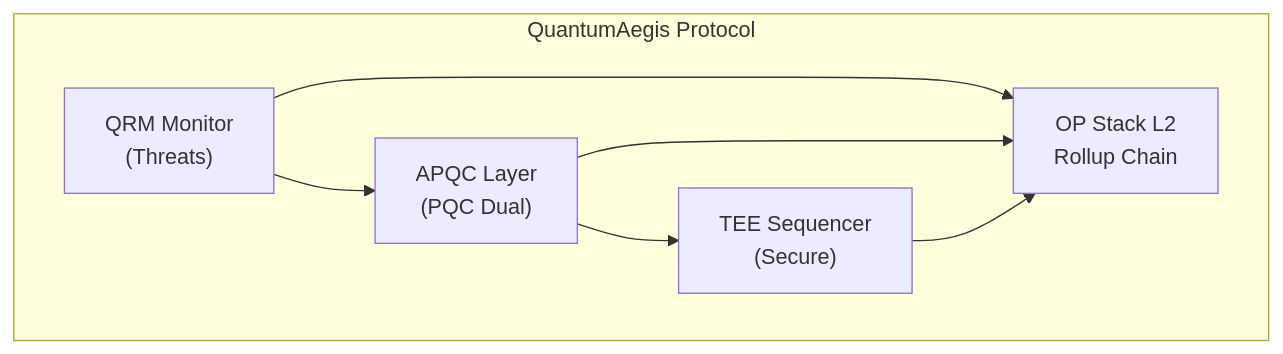
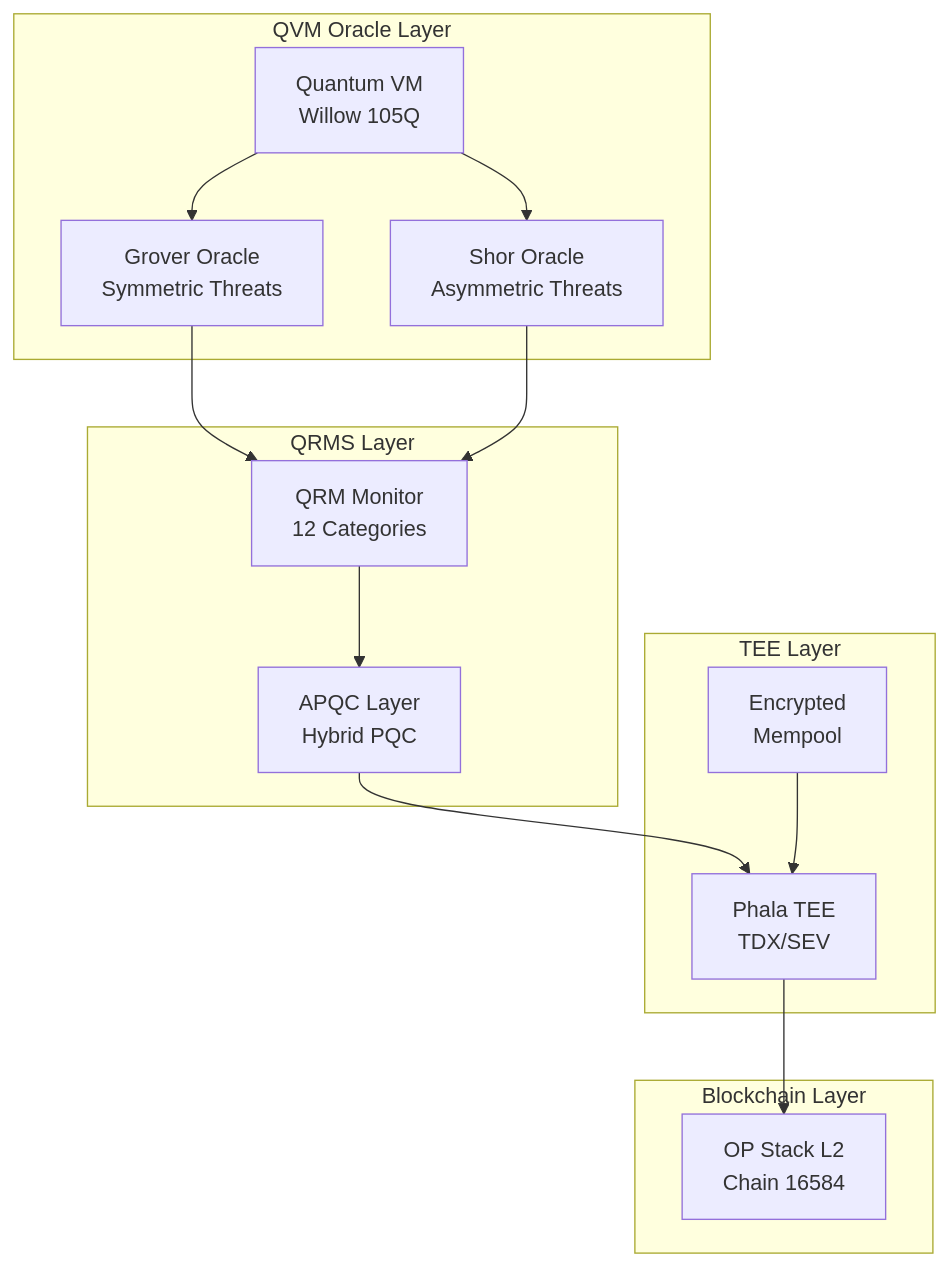
The diagram in README.md (Halo-Labs-xyz/qAegis), drawn with Mermaid before and after one commit. The commit also changed other lines of this file and 17 other files, not shown here.

````diff
--- a/README.md
+++ b/README.md
@@ -18,15 +19,30 @@
 ```mermaid
 graph TB
-    subgraph Protocol["QuantumAegis Protocol"]
-        QRM["QRM Monitor<br/>(Threats)"]
-        APQC["APQC Layer<br/>(PQC Dual)"]
-        TEE["TEE Sequencer<br/>(Secure)"]
-        L2["OP Stack L2<br/>Rollup Chain"]
-        
+    subgraph QVMLayer["QVM Oracle Layer"]
+        QVM["Quantum VM<br/>Willow 105Q"]
+        GROVER["Grover Oracle<br/>Symmetric Threats"]
+        SHOR["Shor Oracle<br/>Asymmetric Threats"]
+        QVM --> GROVER
+        QVM --> SHOR
+    end
+    
+    subgraph QRMSLayer["QRMS Layer"]
+        QRM["QRM Monitor<br/>12 Categories"]
+        APQC["APQC Layer<br/>Hybrid PQC"]
+        GROVER --> QRM
+        SHOR --> QRM
         QRM --> APQC
+    end
+    
+    subgraph TEELayer["TEE Layer"]
+        TEE["Phala TEE<br/>TDX/SEV"]
+        MEMPOOL["Encrypted<br/>Mempool"]
         APQC --> TEE
-        QRM --> L2
-        APQC --> L2
+        MEMPOOL --> TEE
+    end
+    
+    subgraph ChainLayer["Blockchain Layer"]
+        L2["OP Stack L2<br/>Chain 16584"]
         TEE --> L2
     end
 ```
````
